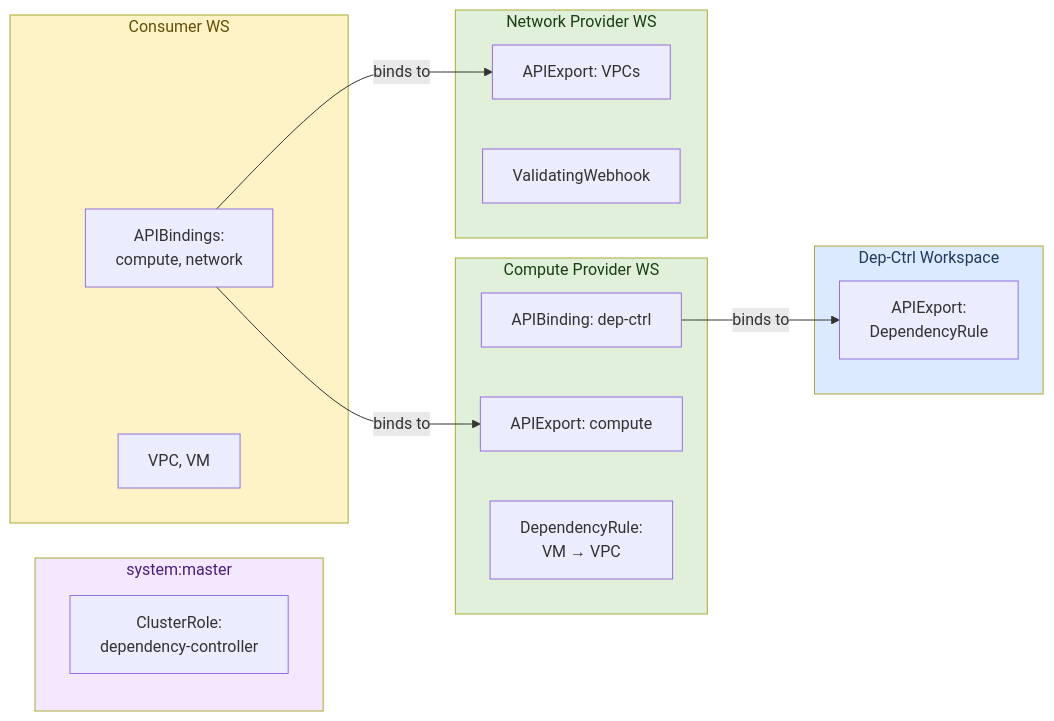
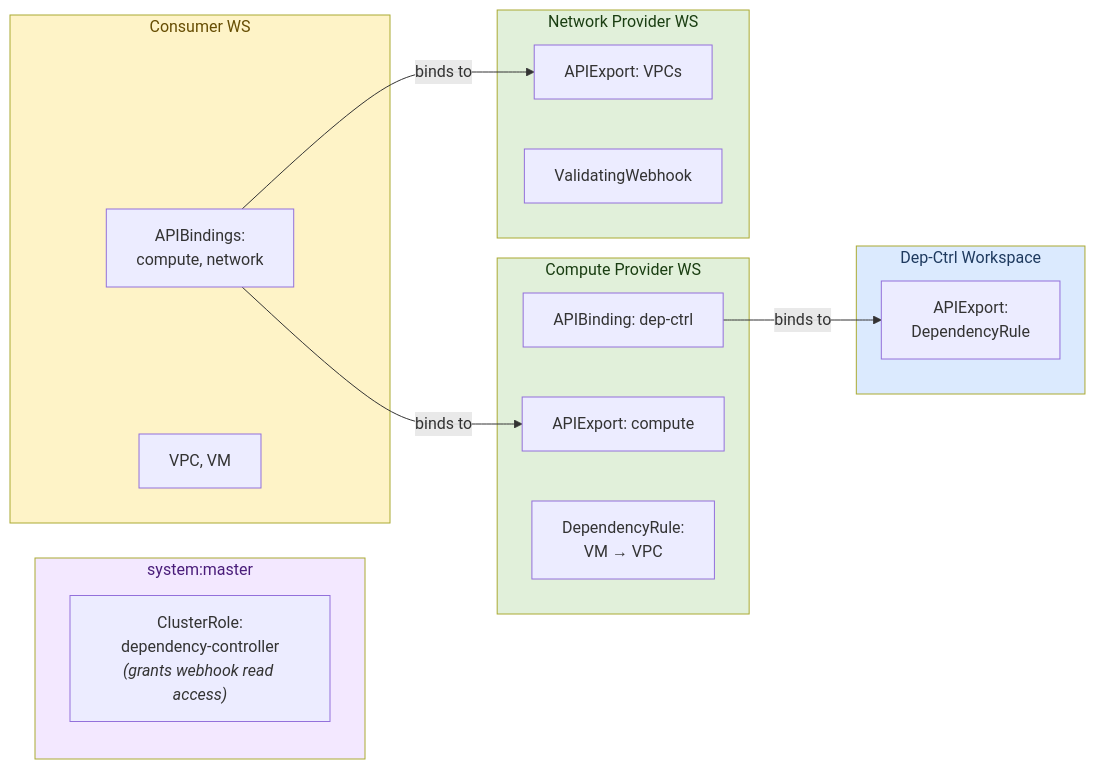
One commit to opendefensecloud/dependency-controller changed the first of 2 diagrams in docs/architecture.md. Above: the diagram before and after it, drawn with Mermaid. The commit also changed other lines of this file and 2 other files, not shown here.

Commit message:
updated docs, made sure the role of rbac manager is clarified

````diff
--- a/docs/architecture.md
+++ b/docs/architecture.md
@@ -25,36 +25,36 @@
 ```mermaid
 graph LR
     subgraph DC["Dep-Ctrl Workspace"]
         DCExport["APIExport:<br/>DependencyRule"]
     end
 
     subgraph CP["Compute Provider WS"]
         CPBinding["APIBinding: dep-ctrl"]
         CPExport["APIExport: compute"]
         CPRule["DependencyRule:<br/>VM → VPC"]
     end
 
     subgraph NP["Network Provider WS"]
         NPExport["APIExport: VPCs"]
         NPWebhook["ValidatingWebhook"]
     end
 
     subgraph SM["system:master"]
-        SMROLE["ClusterRole:<br/>dependency-controller"]
+        SMROLE["ClusterRole:<br/>dependency-controller<br/><i>(grants webhook read access)</i>"]
     end
 
     subgraph CW["Consumer WS"]
         CWBindings["APIBindings:<br/>compute, network"]
         CWResources["VPC, VM"]
     end
 
     CPBinding -->|binds to| DCExport
     CWBindings -->|binds to| CPExport
     CWBindings -->|binds to| NPExport
 
     style DC fill:#dbeafe,color:#1e3a5f
     style CP fill:#e1f0da,color:#1a3e12
     style NP fill:#e1f0da,color:#1a3e12
     style SM fill:#f3e8ff,color:#4a1d7a
     style CW fill:#fef3c7,color:#664d03
 ```
````
